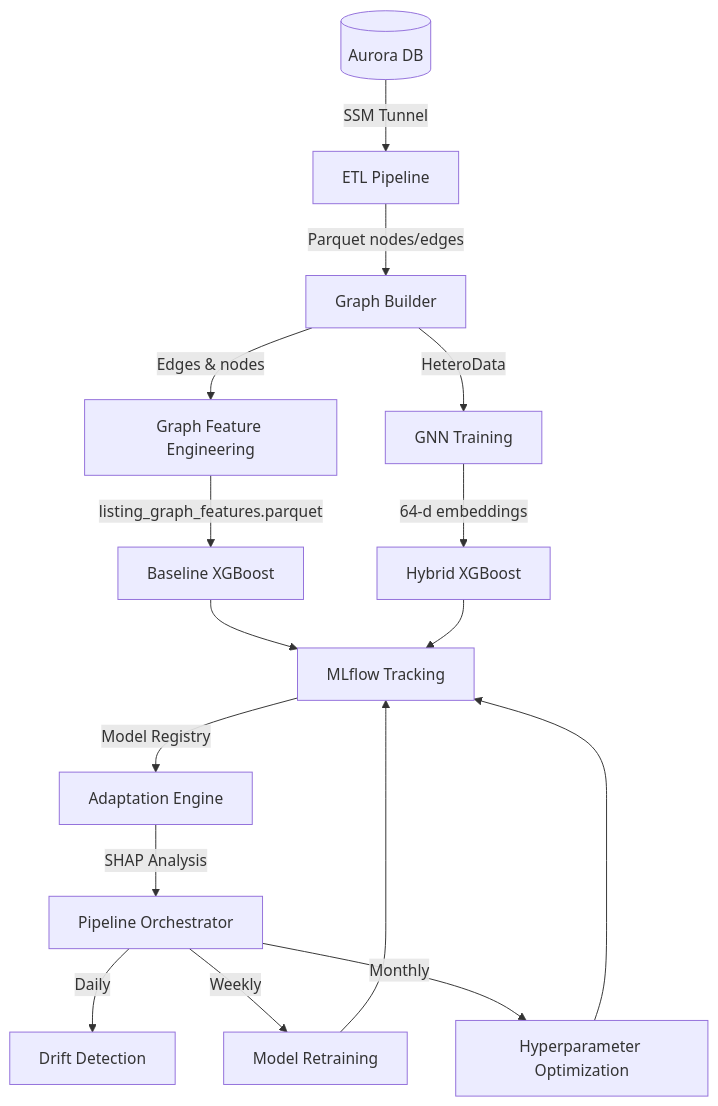
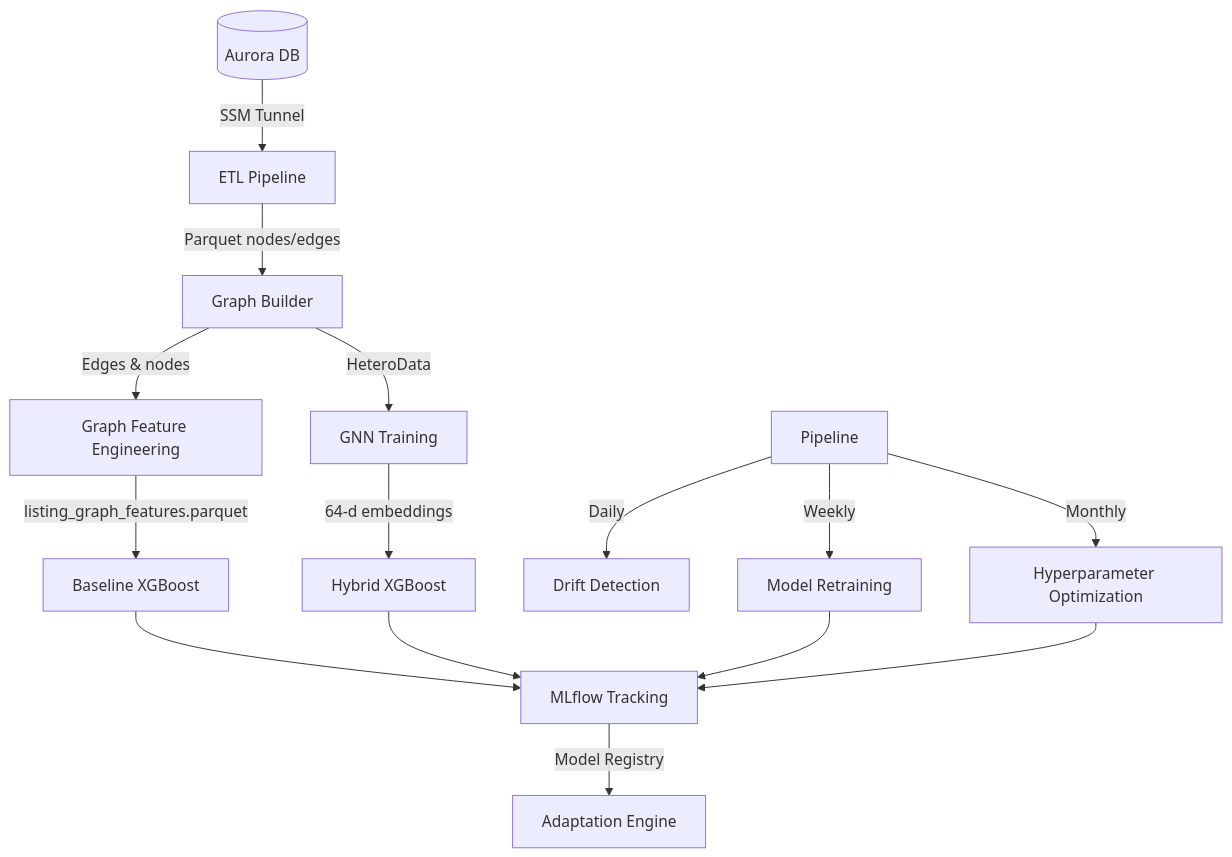
Before and after one commit to dylanngn/ppa-fraud-notebook: the first of 4 diagrams in docs/architecture_overview.md, drawn with Mermaid. The commit also changed other lines of this file and 14 other files, not shown here.

````diff
--- a/docs/architecture_overview.md
+++ b/docs/architecture_overview.md
@@ -7,24 +7,23 @@
 ```mermaid
 flowchart TB
     DB[(Aurora DB)] -->|SSM Tunnel| ETL[ETL Pipeline]
     ETL -->|Parquet nodes/edges| Graph[Graph Builder]
 
     Graph -->|Edges & nodes| GF[Graph Feature Engineering]
     GF -->|listing_graph_features.parquet| XGB_Base[Baseline XGBoost]
 
     Graph -->|HeteroData| GNN[GNN Training]
     GNN -->|64-d embeddings| XGB_Hybrid[Hybrid XGBoost]
 
     XGB_Base --> MLflow[MLflow Tracking]
     XGB_Hybrid --> MLflow
     
     MLflow -->|Model Registry| Adapt[Adaptation Engine]
-    Adapt -->|SHAP Analysis| Pipeline[Pipeline Orchestrator]
     
     Pipeline -->|Daily| Drift[Drift Detection]
     Pipeline -->|Weekly| Retrain[Model Retraining]
     Pipeline -->|Monthly| Hyperopt[Hyperparameter Optimization]
     
     Retrain --> MLflow
     Hyperopt --> MLflow
 ```
````
